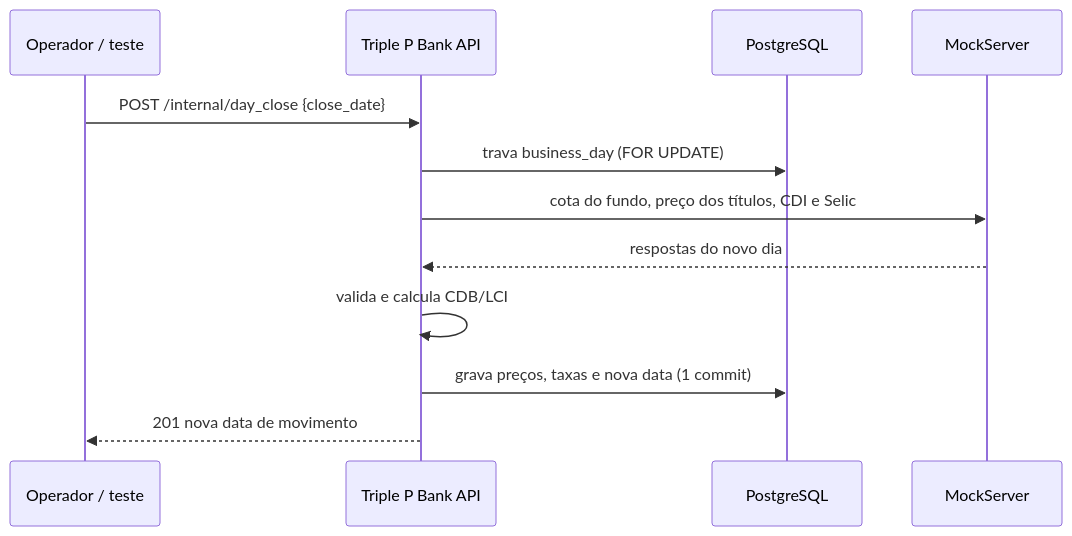
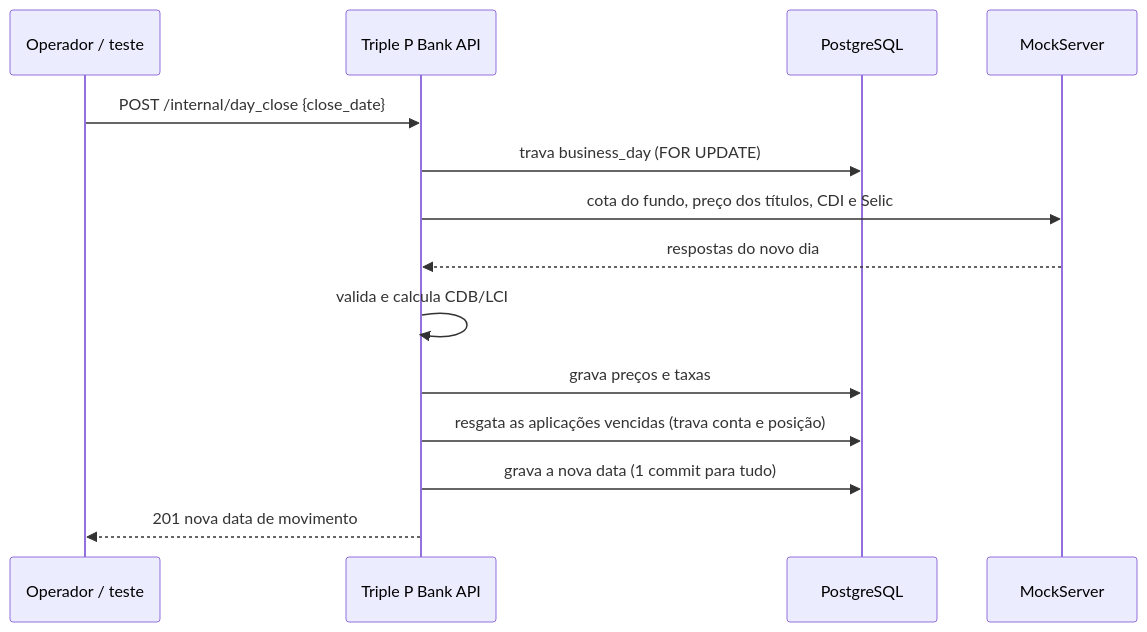
One commit to heluylucas/bootcamp-qi-tech-presidas- changed the diagram in docs/precificacao-e-fechamento-do-dia.md. Above: the diagram before and after it, drawn with Mermaid. The commit also changed other lines of this file and 3 other files, not shown here.

````diff
--- a/docs/precificacao-e-fechamento-do-dia.md
+++ b/docs/precificacao-e-fechamento-do-dia.md
@@ -74,14 +79,16 @@
 ```mermaid
 sequenceDiagram
     participant Op as Operador / teste
     participant API as Triple P Bank API
     participant DB as PostgreSQL
     participant Mock as MockServer
     Op->>API: POST /internal/day_close {close_date}
     API->>DB: trava business_day (FOR UPDATE)
     API->>Mock: cota do fundo, preço dos títulos, CDI e Selic
     Mock-->>API: respostas do novo dia
     API->>API: valida e calcula CDB/LCI
-    API->>DB: grava preços, taxas e nova data (1 commit)
+    API->>DB: grava preços e taxas
+    API->>DB: resgata as aplicações vencidas (trava conta e posição)
+    API->>DB: grava a nova data (1 commit para tudo)
     API-->>Op: 201 nova data de movimento
 ```
````
